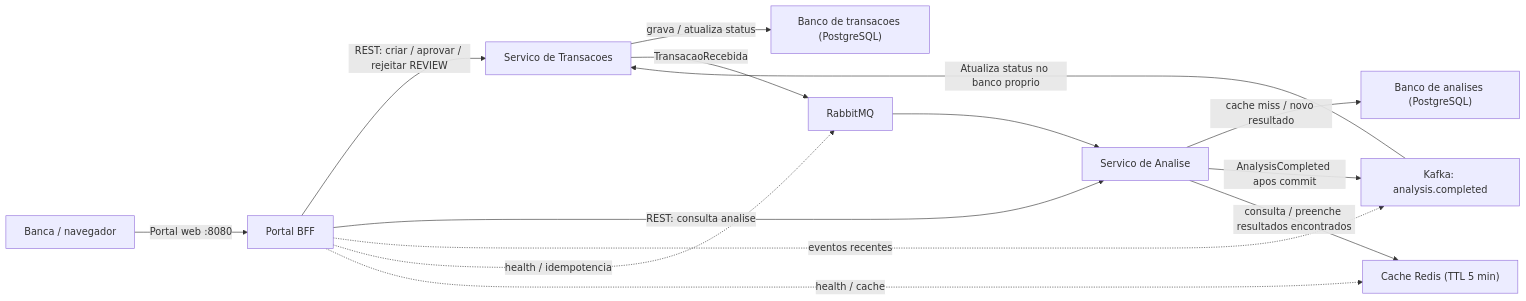
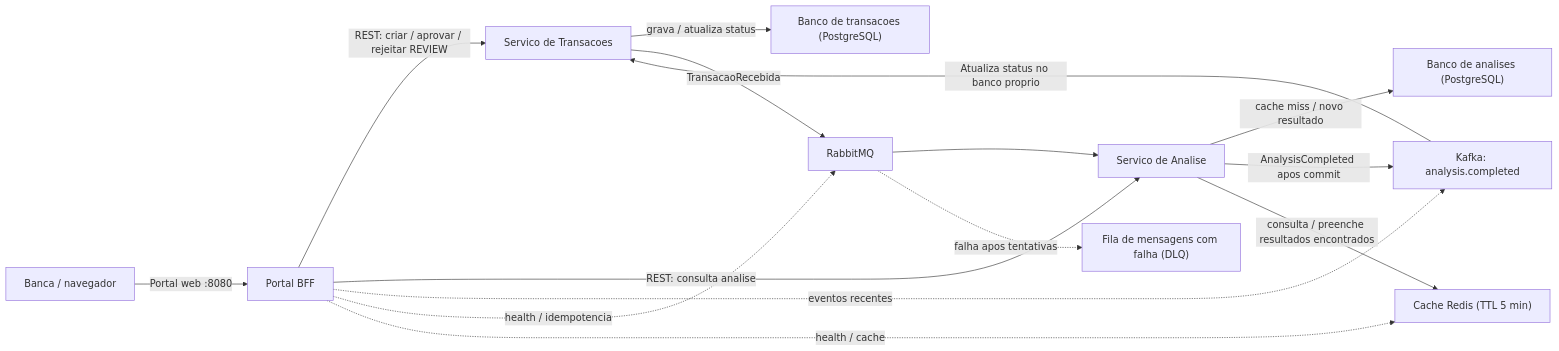
Before and after one commit to JTBCode86/antifraude-simplificado: the diagram in README.md, drawn with Mermaid. The commit also changed other lines of this file and 8 other files, not shown here.

Commit message:
feat: adiciona retry e fila de mensagens com falha

````diff
--- a/README.md
+++ b/README.md
@@ -34,16 +34,17 @@
 ```mermaid
 flowchart LR
     Cliente["Banca / navegador"] -->|"Portal web :8080"| P["Portal BFF"]
     P -->|"REST: criar / aprovar / rejeitar REVIEW"| T["Servico de Transacoes"]
     T -->|"grava / atualiza status"| DB1["Banco de transacoes (PostgreSQL)"]
     T -->|"TransacaoRecebida"| Q["RabbitMQ"]
     Q --> A["Servico de Analise"]
+    Q -.->|"falha apos tentativas"| DLQ["Fila de mensagens com falha (DLQ)"]
     A -->|"cache miss / novo resultado"| DB2["Banco de analises (PostgreSQL)"]
     A -->|"AnalysisCompleted apos commit"| K["Kafka: analysis.completed"]
     K -->|"Atualiza status no banco proprio"| T
     P -->|"REST: consulta analise"| A
     P -.->|"eventos recentes"| K
     P -.->|"health / idempotencia"| Q
     P -.->|"health / cache"| C
     A -->|"consulta / preenche resultados encontrados"| C["Cache Redis (TTL 5 min)"]
 ```
````
